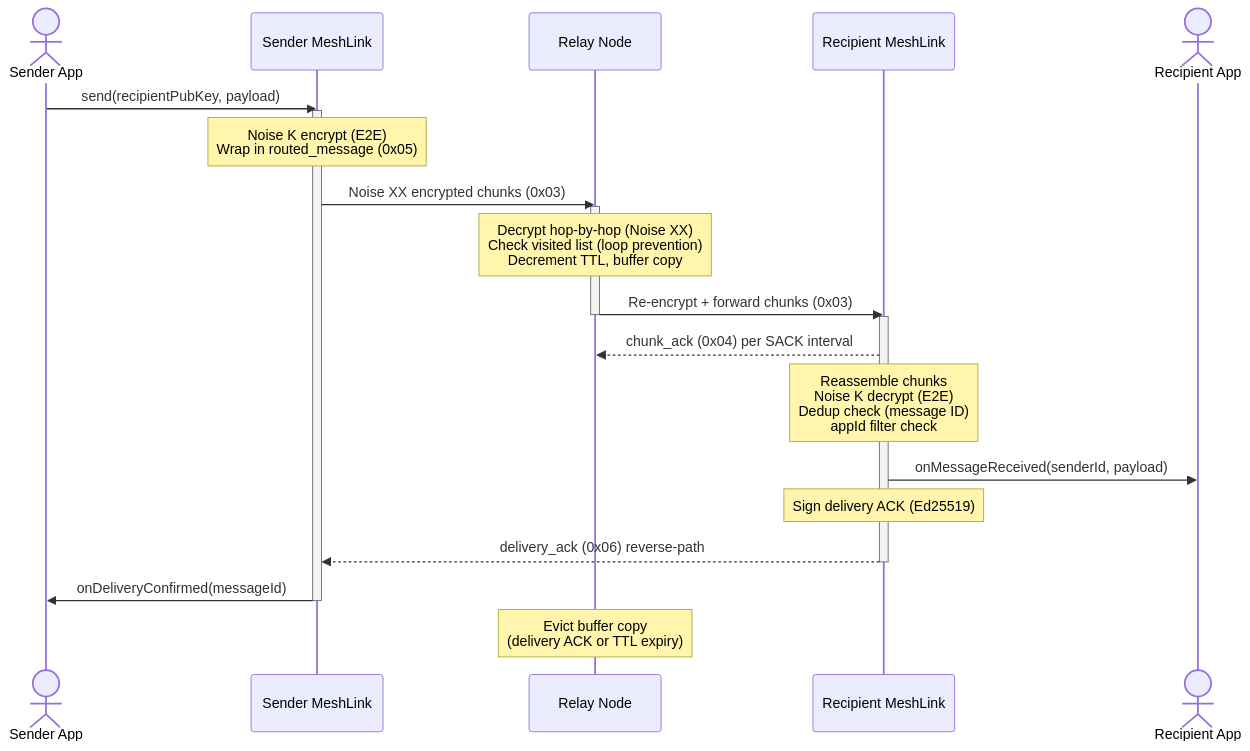
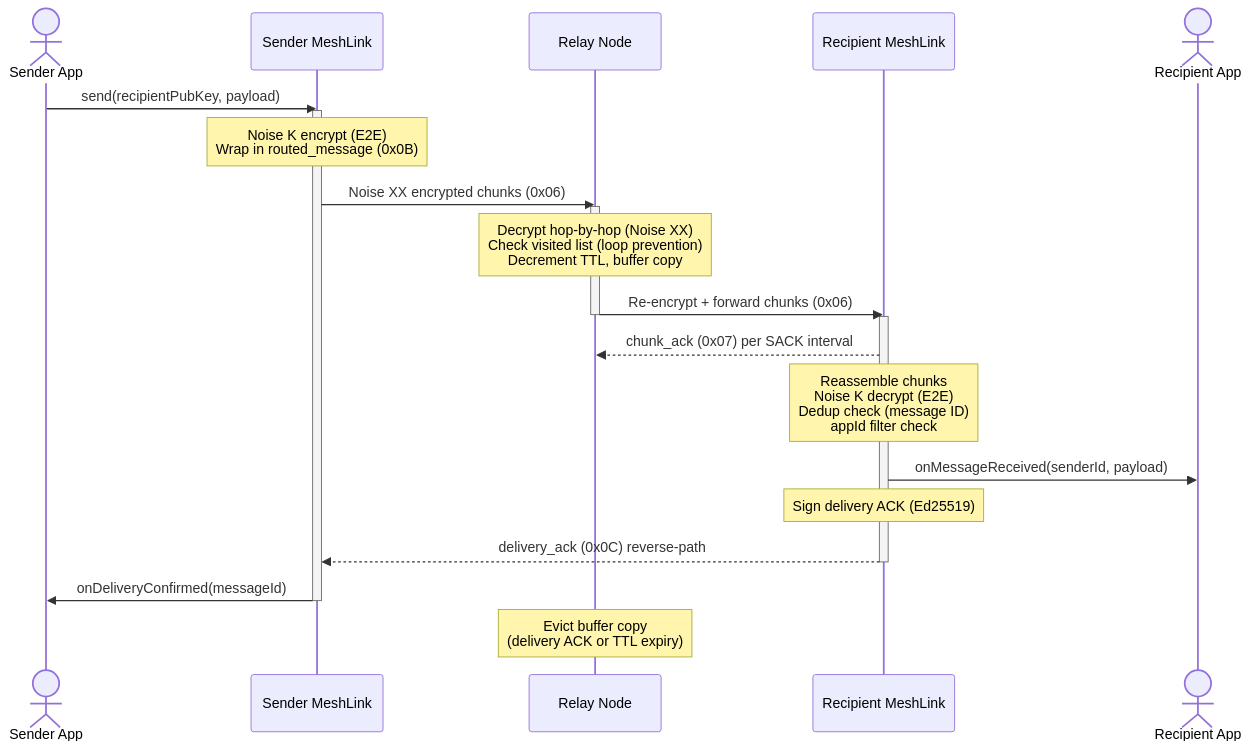
Before and after one commit to trancee/MeshLink: the seventh of 14 diagrams in docs/diagrams.md, drawn with Mermaid. The commit also changed other lines of this file and 16 other files, not shown here.

````diff
--- a/docs/diagrams.md
+++ b/docs/diagrams.md
@@ -226,38 +226,38 @@
 ```mermaid
 sequenceDiagram
     actor Sender as Sender App
     participant SLib as Sender MeshLink
     participant Relay as Relay Node
     participant RLib as Recipient MeshLink
     actor Recipient as Recipient App
 
     Sender->>SLib: send(recipientPubKey, payload)
     activate SLib
 
-    Note over SLib: Noise K encrypt (E2E)<br/>Wrap in routed_message (0x05)
+    Note over SLib: Noise K encrypt (E2E)<br/>Wrap in routed_message (0x0B)
 
-    SLib->>Relay: Noise XX encrypted chunks (0x03)
+    SLib->>Relay: Noise XX encrypted chunks (0x06)
     activate Relay
 
     Note over Relay: Decrypt hop-by-hop (Noise XX)<br/>Check visited list (loop prevention)<br/>Decrement TTL, buffer copy
 
-    Relay->>RLib: Re-encrypt + forward chunks (0x03)
+    Relay->>RLib: Re-encrypt + forward chunks (0x06)
     deactivate Relay
     activate RLib
 
-    RLib-->>Relay: chunk_ack (0x04) per SACK interval
+    RLib-->>Relay: chunk_ack (0x07) per SACK interval
 
     Note over RLib: Reassemble chunks<br/>Noise K decrypt (E2E)<br/>Dedup check (message ID)<br/>appId filter check
 
     RLib->>Recipient: onMessageReceived(senderId, payload)
 
     Note over RLib: Sign delivery ACK (Ed25519)
 
-    RLib-->>SLib: delivery_ack (0x06) reverse-path
+    RLib-->>SLib: delivery_ack (0x0C) reverse-path
     deactivate RLib
 
     SLib->>Sender: onDeliveryConfirmed(messageId)
     deactivate SLib
 
     Note over Relay: Evict buffer copy<br/>(delivery ACK or TTL expiry)
 ```
````
